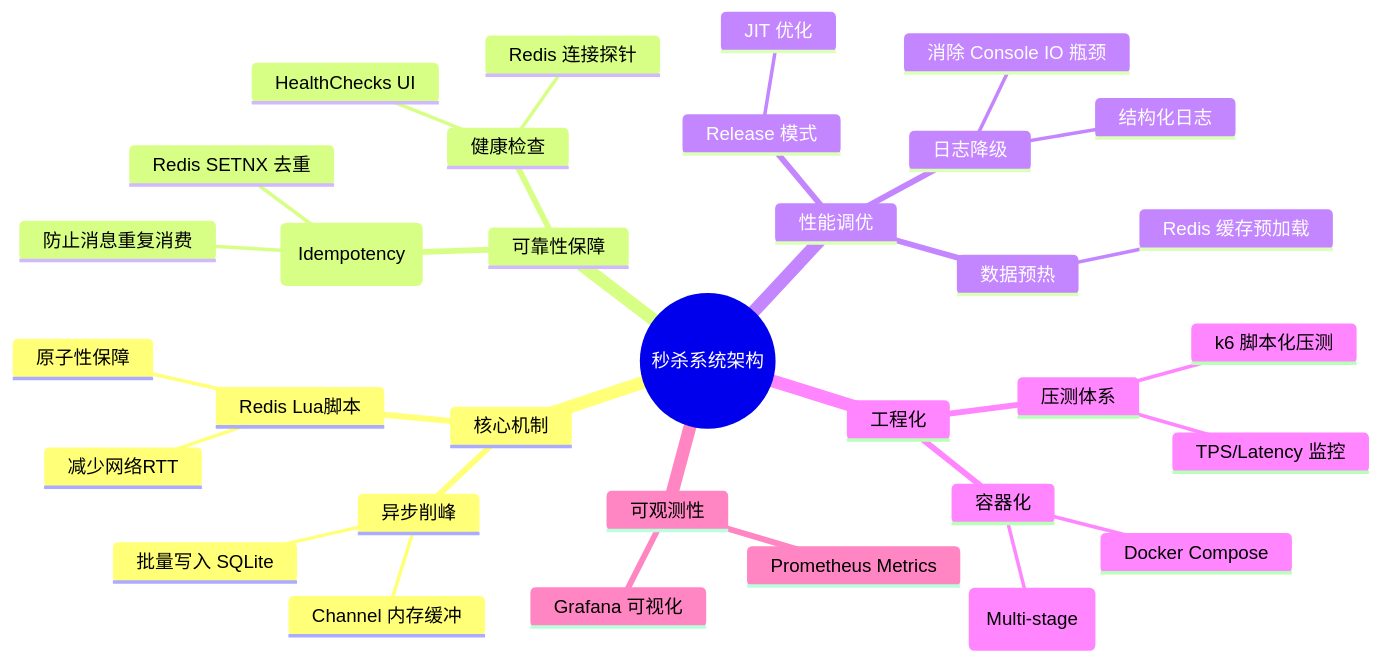
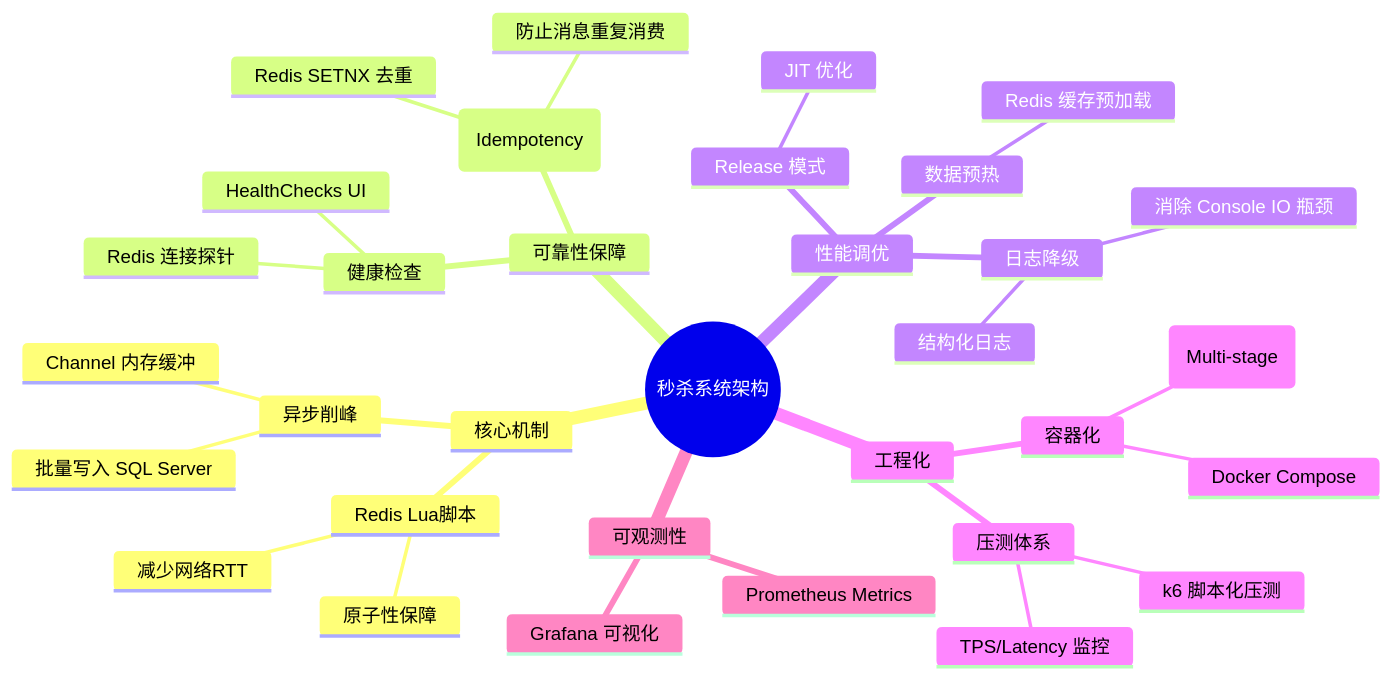
Before and after one commit to fearlesshann/theWayOut: the second of 2 diagrams in ConcurrencyDemo/ARCHITECTURE.md, drawn with Mermaid. The commit also changed other lines of this file and 10 other files, not shown here.

````diff
--- a/ConcurrencyDemo/ARCHITECTURE.md
+++ b/ConcurrencyDemo/ARCHITECTURE.md
@@ -84,36 +84,36 @@
 ```mermaid
 mindmap
   root((秒杀系统架构))
     核心机制
       Redis Lua脚本
         原子性保障
         减少网络RTT
       异步削峰
         Channel 内存缓冲
-        批量写入 SQLite
+        批量写入 SQL Server
     可靠性保障
       幂等性 (Idempotency)
         Redis SETNX 去重
         防止消息重复消费
       健康检查
         Redis 连接探针
         HealthChecks UI
     性能调优
       Release 模式
         JIT 优化
       日志降级
         消除 Console IO 瓶颈
         结构化日志
       数据预热
         Redis 缓存预加载
     工程化
       容器化
         Dockerfile (Multi-stage)
         Docker Compose
       压测体系
         k6 脚本化压测
         TPS/Latency 监控
     可观测性
       Prometheus Metrics
       Grafana 可视化
 ```
````
